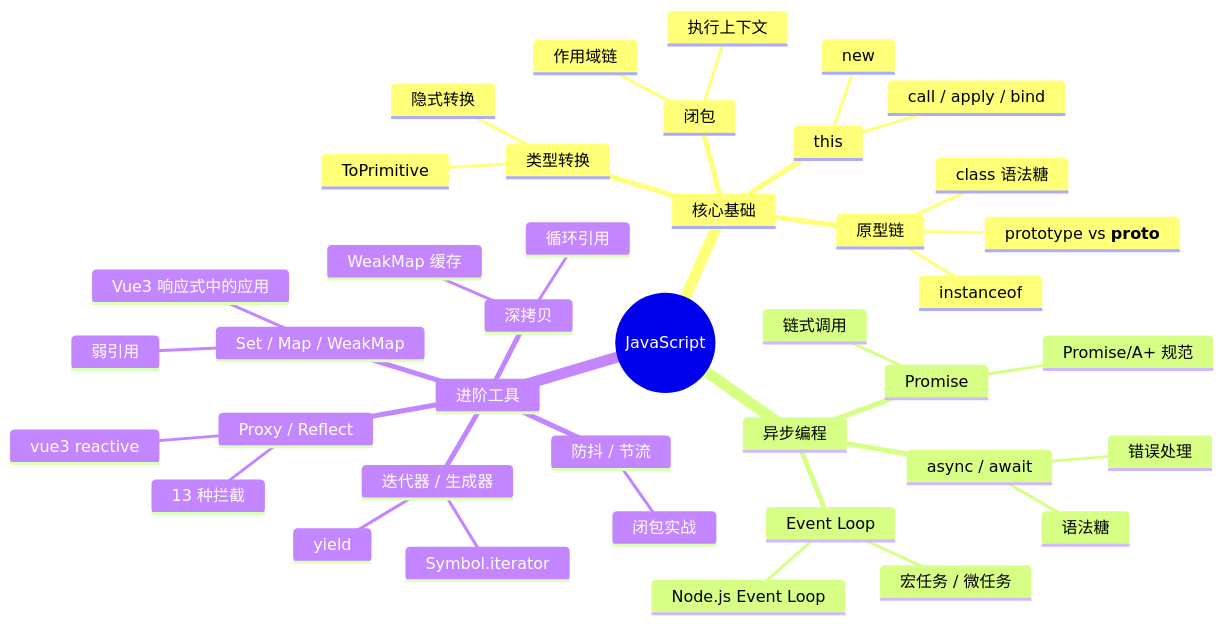
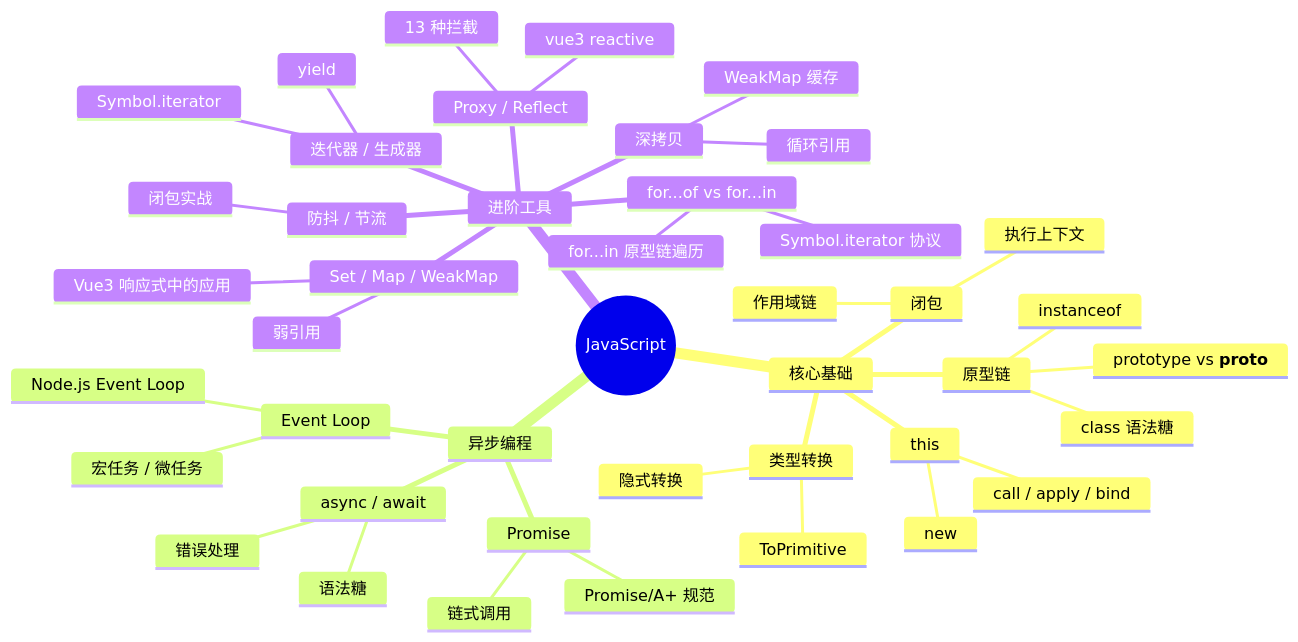
The diagram in docs/JavaScript/index.md (zjh42139/interview-notes), drawn with Mermaid before and after one commit. The commit also changed other lines of this file and 2 other files, not shown here.

Commit message:
fix: JS模块深度修复——6处错误引用+3处🎤补挂+学习顺序补3文件+mindmap补漏

````diff
--- a/docs/JavaScript/index.md
+++ b/docs/JavaScript/index.md
@@ -9,43 +9,46 @@
 ```mermaid
 mindmap
   root((JavaScript))
     核心基础
       this
         call / apply / bind
         new
       原型链
         prototype vs __proto__
         instanceof
         class 语法糖
       闭包
         作用域链
         执行上下文
       类型转换
         隐式转换
         ToPrimitive
     异步编程
       Promise
         链式调用
         Promise/A+ 规范
       async / await
         语法糖
         错误处理
       Event Loop
         宏任务 / 微任务
         Node.js Event Loop
     进阶工具
       Set / Map / WeakMap
         弱引用
         Vue3 响应式中的应用
       Proxy / Reflect
         13 种拦截
         vue3 reactive
       深拷贝
         循环引用
         WeakMap 缓存
       防抖 / 节流
         闭包实战
+      for...of vs for...in
+        Symbol.iterator 协议
+        for...in 原型链遍历
       迭代器 / 生成器
         Symbol.iterator
         yield
 ```
````
